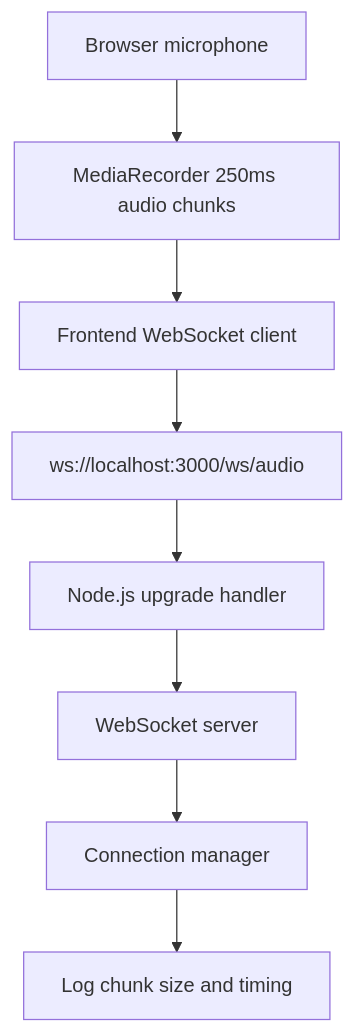
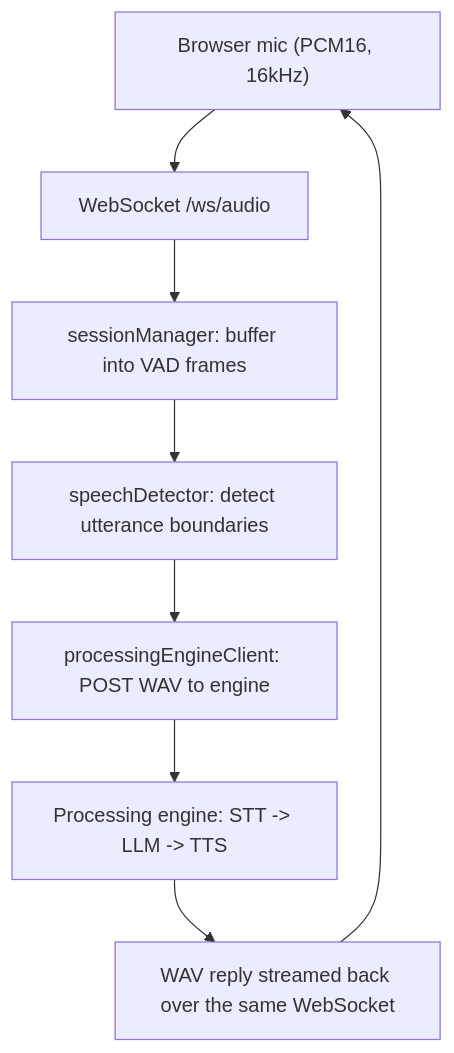
One commit to Mayank-Maurya/VoiceAI-Backend changed the diagram in orchestrator-service/README.md. Above: the diagram before and after it, drawn with Mermaid. The commit also changed other lines of this file and 26 other files, not shown here.

````diff
--- a/orchestrator-service/README.md
+++ b/orchestrator-service/README.md
@@ -21,10 +48,10 @@
 ```mermaid
 flowchart TD
-    A["Browser microphone"] --> B["MediaRecorder 250ms audio chunks"]
-    B --> C["Frontend WebSocket client"]
-    C --> D["ws://localhost:3000/ws/audio"]
-    D --> E["Node.js upgrade handler"]
-    E --> F["WebSocket server"]
-    F --> G["Connection manager"]
-    G --> H["Log chunk size and timing"]
+    A["Browser mic (PCM16, 16kHz)"] --> B["WebSocket /ws/audio"]
+    B --> C["sessionManager: buffer into VAD frames"]
+    C --> D["speechDetector: detect utterance boundaries"]
+    D --> E["processingEngineClient: POST WAV to engine"]
+    E --> F["Processing engine: STT -> LLM -> TTS"]
+    F --> G["WAV reply streamed back over the same WebSocket"]
+    G --> A
 ```
````
